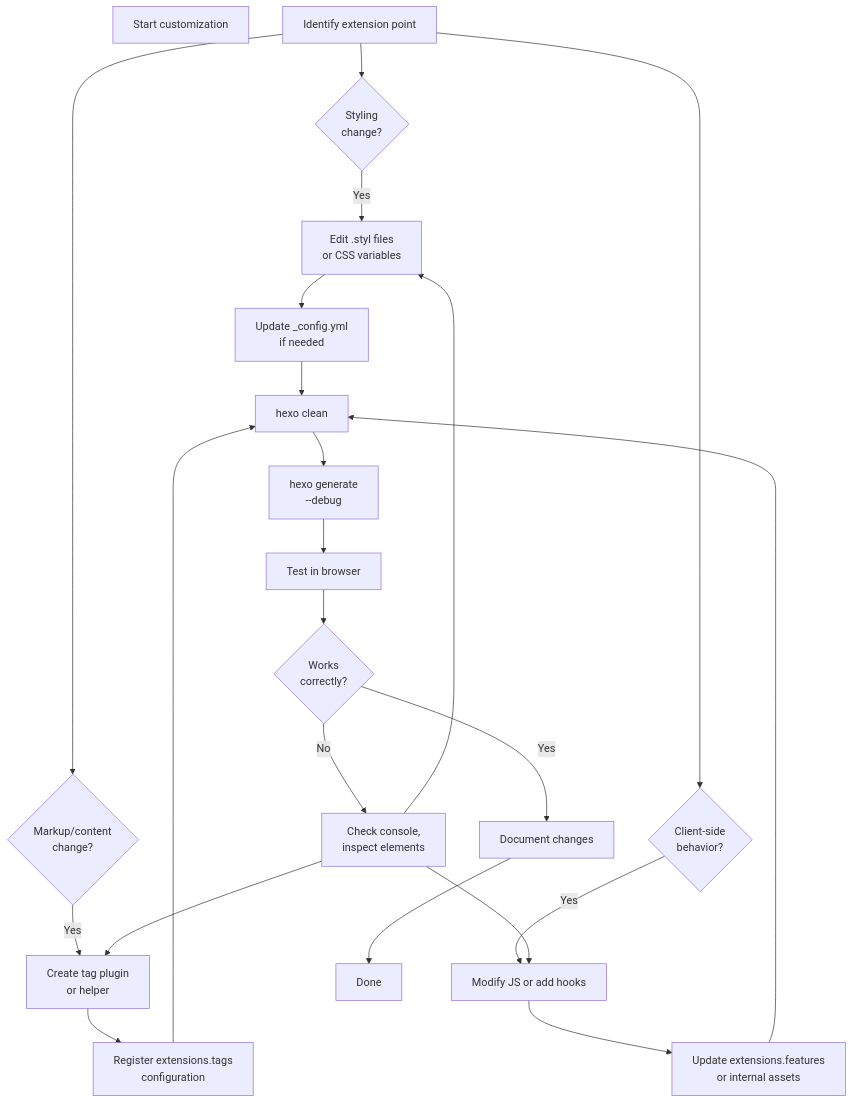
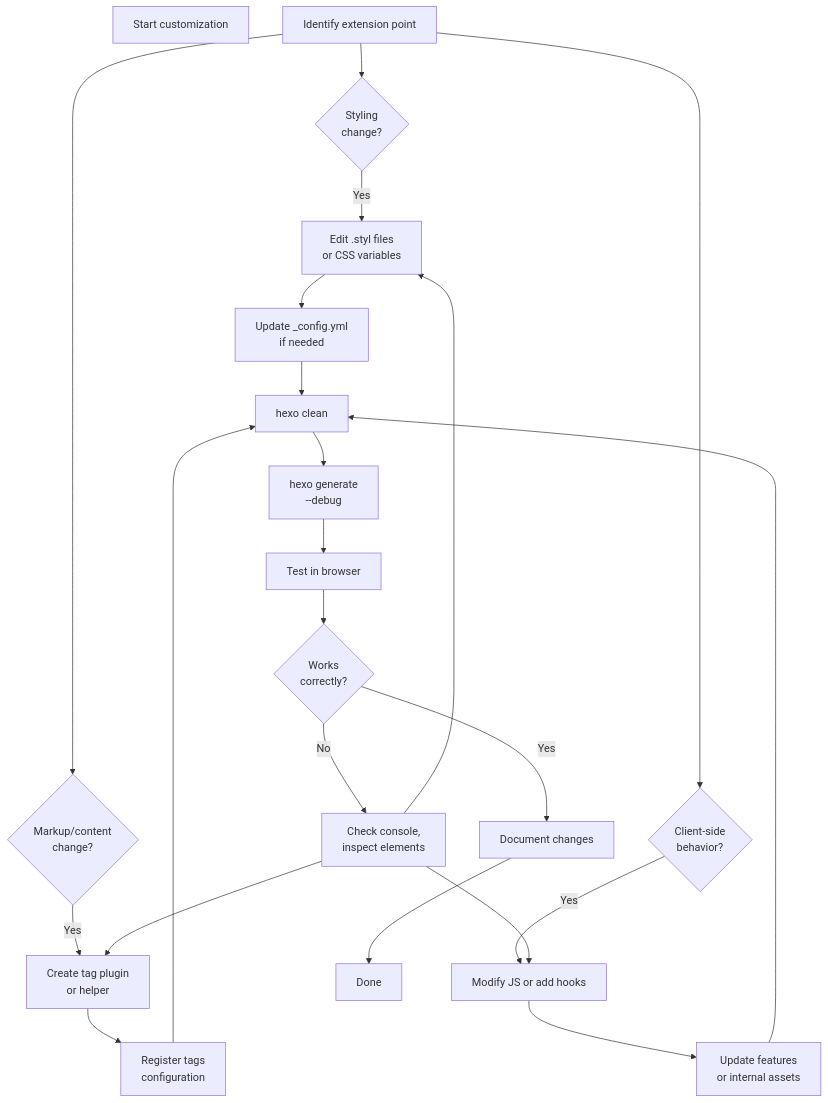
The third of 3 diagrams in docs/knowledge/09-高级主题/advanced-overview.md (xaoxuu/hexo-theme-stellar), drawn with Mermaid before and after one commit. The commit also changed other lines of this file and 42 other files, not shown here.

````diff
--- a/docs/knowledge/09-高级主题/advanced-overview.md
+++ b/docs/knowledge/09-高级主题/advanced-overview.md
@@ -208,33 +208,33 @@
 ```mermaid
 flowchart TD
     Start["Start customization"]
     Identify["Identify extension point"]
     
     Identify --> Styling{"Styling<br/>change?"}
     Identify --> Markup{"Markup/content<br/>change?"}
     Identify --> Behavior{"Client-side<br/>behavior?"}
     
     Styling -->|Yes| EditStylus["Edit .styl files<br/>or CSS variables"]
     Markup -->|Yes| CreateTag["Create tag plugin<br/>or helper"]
     Behavior -->|Yes| EditJS["Modify JS or add hooks"]
     
     EditStylus --> Config1["Update _config.yml<br/>if needed"]
-    CreateTag --> Config2["Register extensions.tags<br/>configuration"]
-    EditJS --> Config3["Update extensions.features<br/>or internal assets"]
+    CreateTag --> Config2["Register tags<br/>configuration"]
+    EditJS --> Config3["Update features<br/>or internal assets"]
     
     Config1 --> Clean["hexo clean"]
     Config2 --> Clean
     Config3 --> Clean
     
     Clean --> Generate["hexo generate<br/>--debug"]
     Generate --> Test["Test in browser"]
     
     Test --> Works{"Works<br/>correctly?"}
     Works -->|No| Debug["Check console,<br/>inspect elements"]
     Debug --> EditStylus
     Debug --> CreateTag
     Debug --> EditJS
     
     Works -->|Yes| Document["Document changes"]
     Document --> End["Done"]
 ```
````
